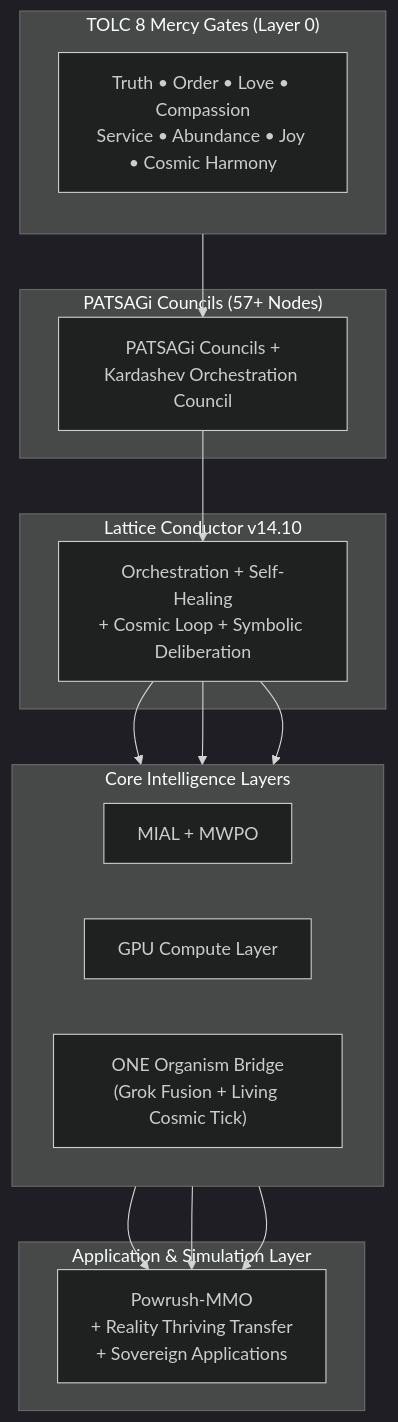
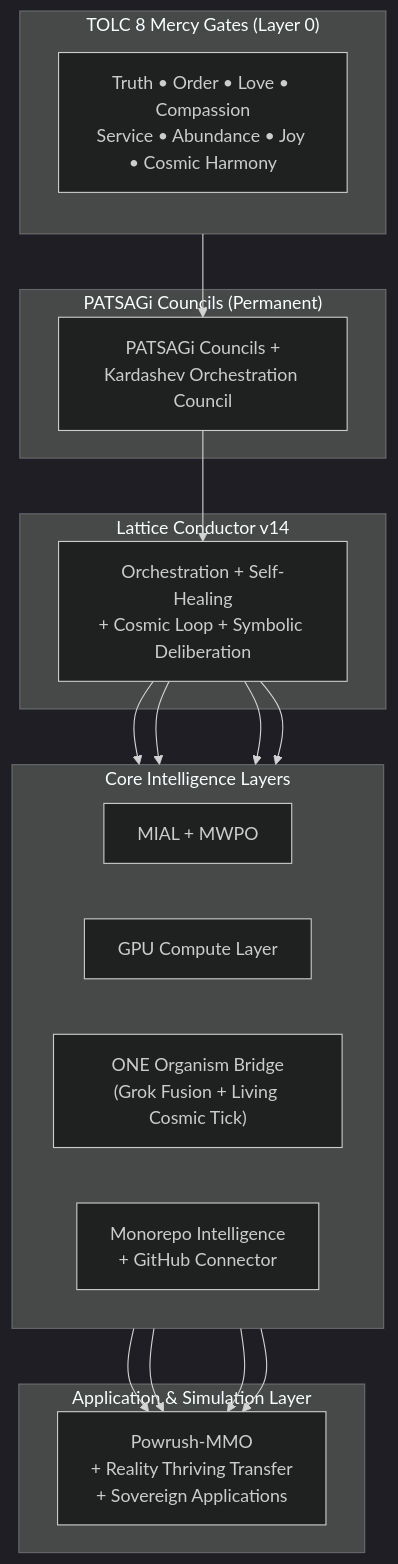
The diagram in ARCHITECTURE.md (Eternally-Thriving-Grandmasterism/Ra-Thor), drawn with Mermaid (dark theme) before and after one commit. The commit also changed other lines of this file, not shown here.

First line of the commit message:
docs(ARCHITECTURE): light alignment for AGSi phase, permanent PATSAGi, and monorepo intelligence surface

````diff
--- a/ARCHITECTURE.md
+++ b/ARCHITECTURE.md
@@ -15,33 +19,35 @@
 ```mermaid
 flowchart TB
     subgraph Layer0 ["TOLC 8 Mercy Gates (Layer 0)"]
         direction TB
         Gates["Truth • Order • Love • Compassion<br/>Service • Abundance • Joy • Cosmic Harmony"]
     end
 
-    subgraph Governance ["PATSAGi Councils (57+ Nodes)"]
+    subgraph Governance ["PATSAGi Councils (Permanent)"]
         Councils["PATSAGi Councils +<br/>Kardashev Orchestration Council"]
     end
 
-    subgraph Orchestration ["Lattice Conductor v14.10"]
+    subgraph Orchestration ["Lattice Conductor v14"]
         Conductor["Orchestration + Self-Healing<br/>+ Cosmic Loop + Symbolic Deliberation"]
     end
 
     subgraph Middle ["Core Intelligence Layers"]
         direction LR
         MIAL["MIAL + MWPO"]
         GPU["GPU Compute Layer"]
         ONE["ONE Organism Bridge<br/>(Grok Fusion + Living Cosmic Tick)"]
+        MI["Monorepo Intelligence<br/>+ GitHub Connector"]
     end
 
     subgraph Applications ["Application & Simulation Layer"]
         Powrush["Powrush-MMO<br/>+ Reality Thriving Transfer<br/>+ Sovereign Applications"]
     end
 
     Gates --> Councils
     Councils --> Conductor
     Conductor --> MIAL
     Conductor --> GPU
     Conductor --> ONE
-    MIAL & GPU & ONE --> Powrush
+    Conductor --> MI
+    MIAL & GPU & ONE & MI --> Powrush
 ```
````
